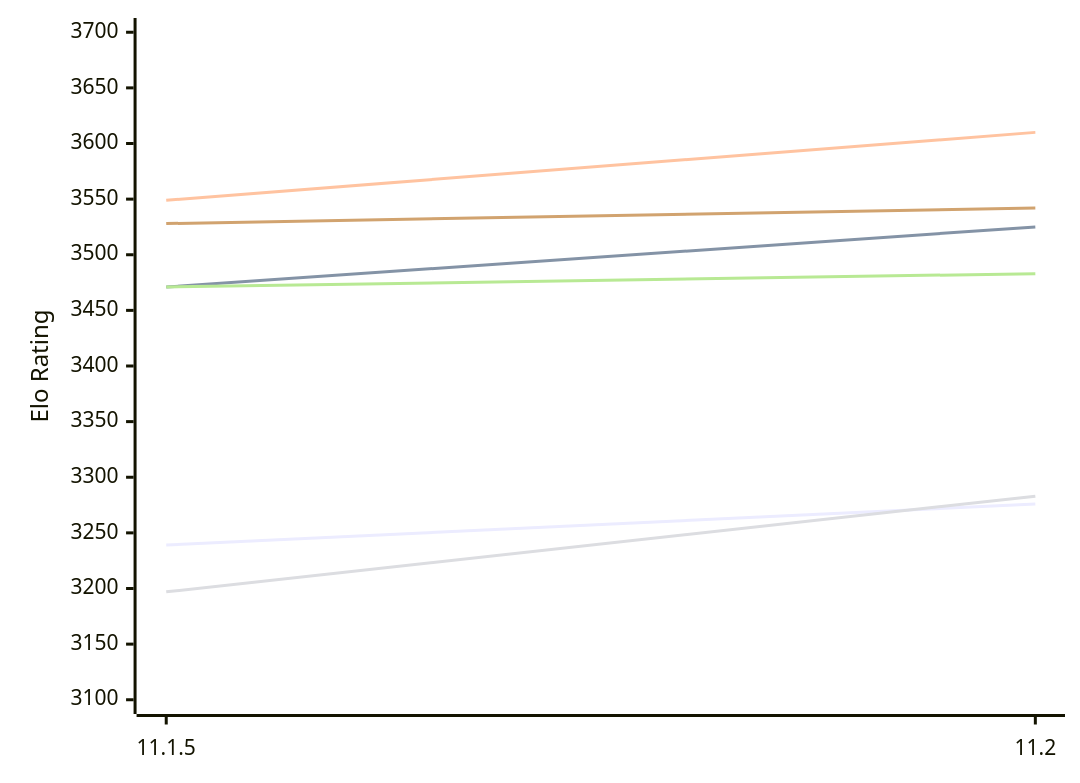
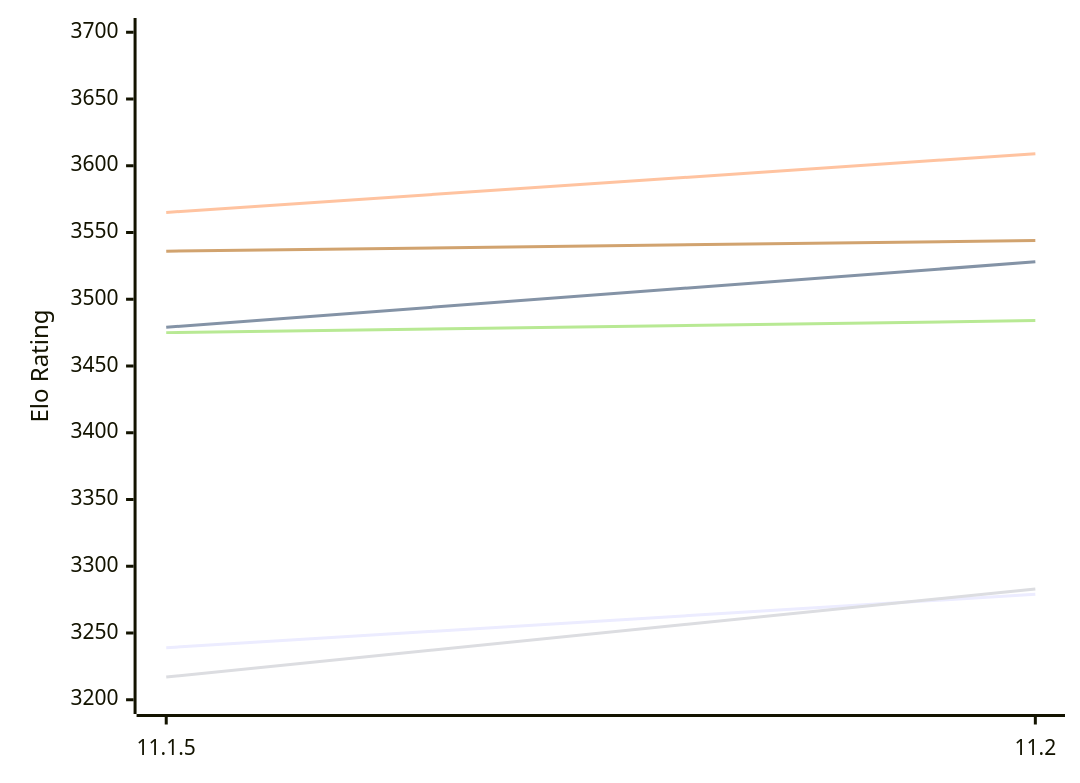
One commit to computer-chess-index/cci changed the first of 2 diagrams in engines/Lizard.md. Above: the diagram before and after it, drawn with Mermaid. The commit also changed other lines of this file, not shown here.

Commit message:
Update CCI Ratings (ELO VLTC) - 2026-11-17

````diff
--- a/engines/Lizard.md
+++ b/engines/Lizard.md
@@ -52,12 +52,12 @@
 ```mermaid
 %%{init: {"theme":"base","themeVariables":{"seriesColors:['#a3a3a3','#222221','#faa371']}}}%%
 xychart-beta
   x-axis ["11.1.5", "11.2"]
-  y-axis "Elo Rating" 3100 --> 3700
-  line "E1: STC (8.0+0.08s)" [3239, 3276]
-  line "E1: LTC (60.0+0.60s)" [3471, 3525]
-  line "E1: VLTC (2m24s+1.12s)" [3549, 3610]
-  line "P1: STC (8.0+0.08s)" [3197, 3283]
-  line "P1: LTC (60.0+0.60s)" [3471, 3483]
-  line "P1: VLTC (2m24s+1.12s)" [3528, 3542]
+  y-axis "Elo Rating" 3200 --> 3700
+  line "E1: STC (8.0+0.08s)" [3239, 3279]
+  line "E1: LTC (60.0+0.60s)" [3479, 3528]
+  line "E1: VLTC (2m24s+1.12s)" [3565, 3609]
+  line "P1: STC (8.0+0.08s)" [3217, 3283]
+  line "P1: LTC (60.0+0.60s)" [3475, 3484]
+  line "P1: VLTC (2m24s+1.12s)" [3536, 3544]
 ```
````
